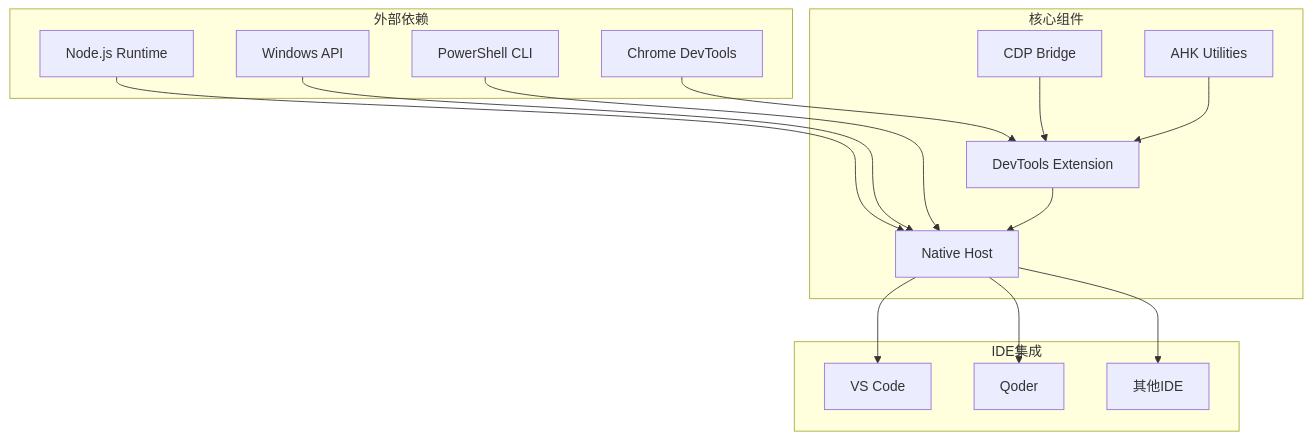
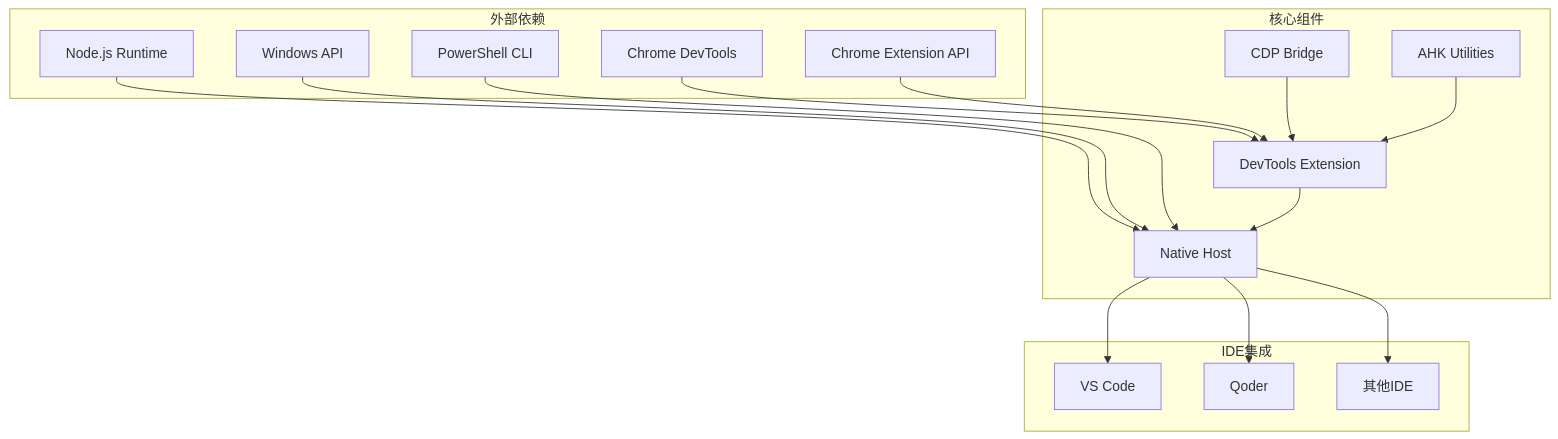
One commit to wangys-123doit/hotkey changed the tenth of 11 diagrams in .qoder/repowiki/zh/content/外部工具集成/DevTools VS Code 开发者工具集成系统.md. Above: the diagram before and after it, drawn with Mermaid. The commit also changed other lines of this file and 5 other files, not shown here.

````diff
--- a/.qoder/repowiki/zh/content/外部工具集成/DevTools VS Code 开发者工具集成系统.md
+++ b/.qoder/repowiki/zh/content/外部工具集成/DevTools VS Code 开发者工具集成系统.md
@@ -343,30 +394,32 @@
 ```mermaid
 graph TB
 subgraph "外部依赖"
 A[Chrome DevTools]
 B[Node.js Runtime]
 C[Windows API]
 D[PowerShell CLI]
+E[Chrome Extension API]
 end
 subgraph "核心组件"
-E[DevTools Extension]
-F[Native Host]
-G[CDP Bridge]
-H[AHK Utilities]
+F[DevTools Extension]
+G[Native Host]
+H[CDP Bridge]
+I[AHK Utilities]
 end
 subgraph "IDE集成"
-I[VS Code]
-J[Qoder]
-K[其他IDE]
+J[VS Code]
+K[Qoder]
+L[其他IDE]
 end
-A --> E
-B --> F
-C --> F
-D --> F
+A --> F
+B --> G
+C --> G
+D --> G
 E --> F
-F --> I
-F --> J
-F --> K
-G --> E
-H --> E
+F --> G
+G --> J
+G --> K
+G --> L
+H --> F
+I --> F
 ```
````
